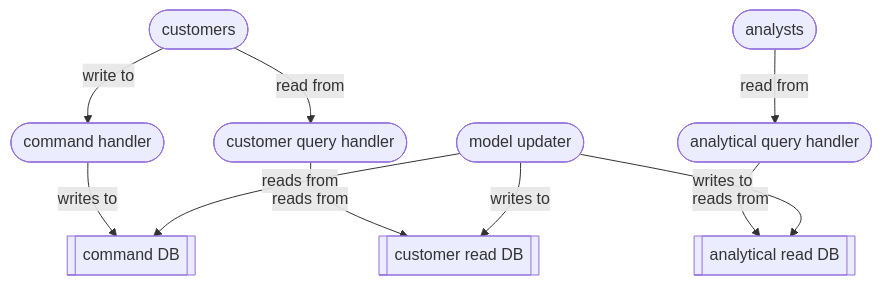
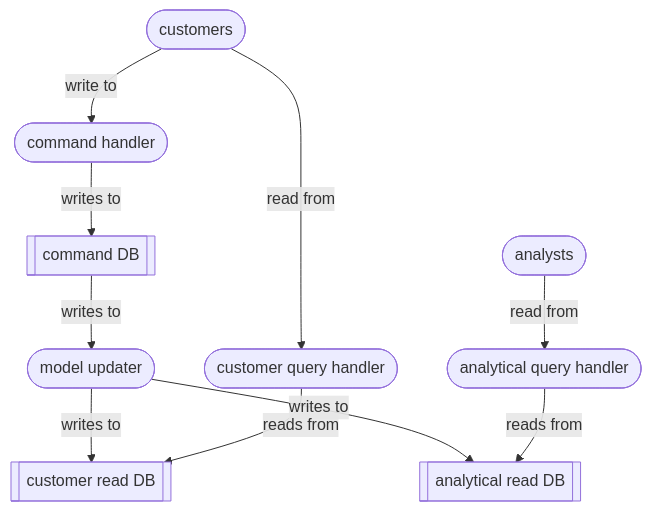
One commit to conmaol/maglocunus changed the diagram in c/CQRS.md. Above: the diagram before and after it, drawn with Mermaid.

Commit message:
Refactor CQRS flowchart for clarity and accuracy

````diff
--- a/c/CQRS.md
+++ b/c/CQRS.md
@@ -14,21 +14,21 @@
 ```mermaid
 flowchart TD
   customers([customers])
   analysts([analysts])
   command(["command handler"])
+  commandDB[[command DB]]
+  model(["model updater"])
   customerQ([customer query handler])
   analystsQ([analytical query handler])
-  commandDB[[command DB]]
   customerDB[[customer read DB]]
   analystDB[[analytical read DB]]
   customers -- "write to" --> command
-  customers -- "read from" --> customerQ
-  analysts -- "read from" --> analystsQ
   command -- "writes to" --> commandDB
-  customerQ -- "reads from" --> customerDB
-  analystsQ -- "reads from" --> analystDB
-  model(["model updater"])
-  model -- "reads from" --> commandDB
+  commandDB -- "writes to" --> model
   model -- "writes to" --> customerDB
   model -- "writes to" --> analystDB
+  customers -- "read from" --> customerQ
+  customerQ -- "reads from" --> customerDB
+  analysts -- "read from" --> analystsQ
+  analystsQ -- "reads from" --> analystDB  
 ```
````
